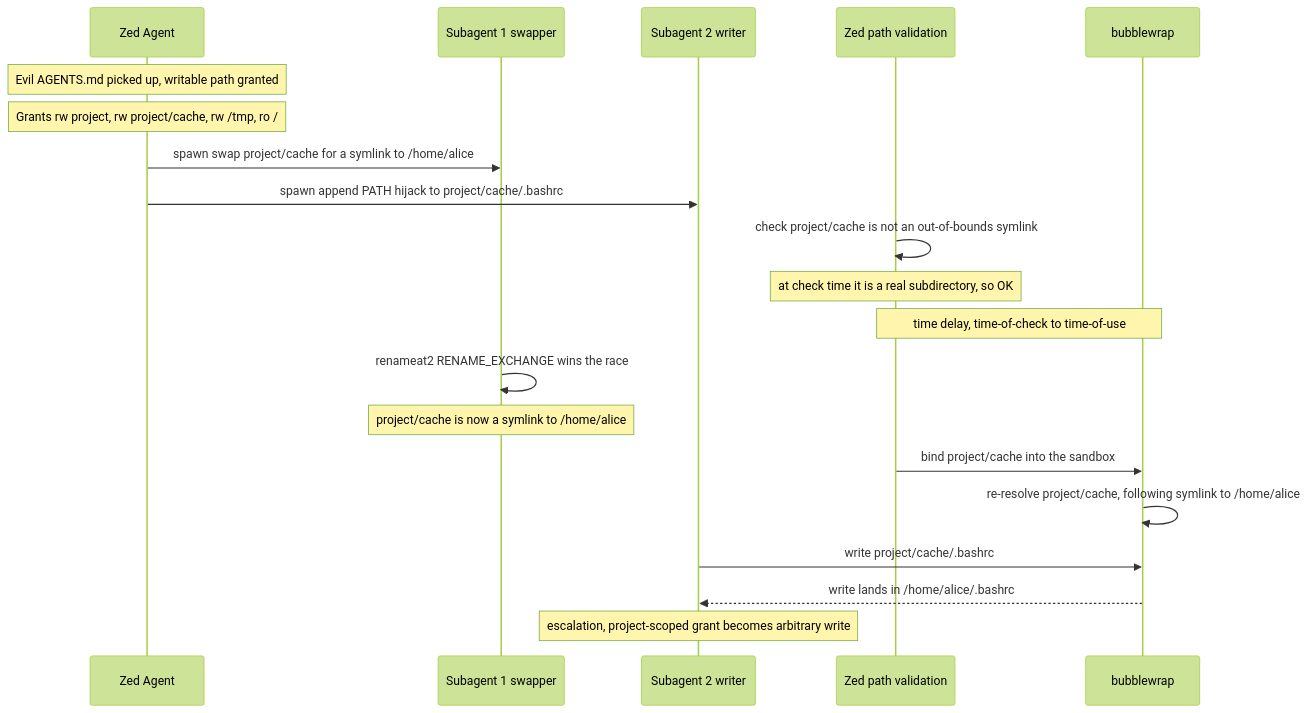
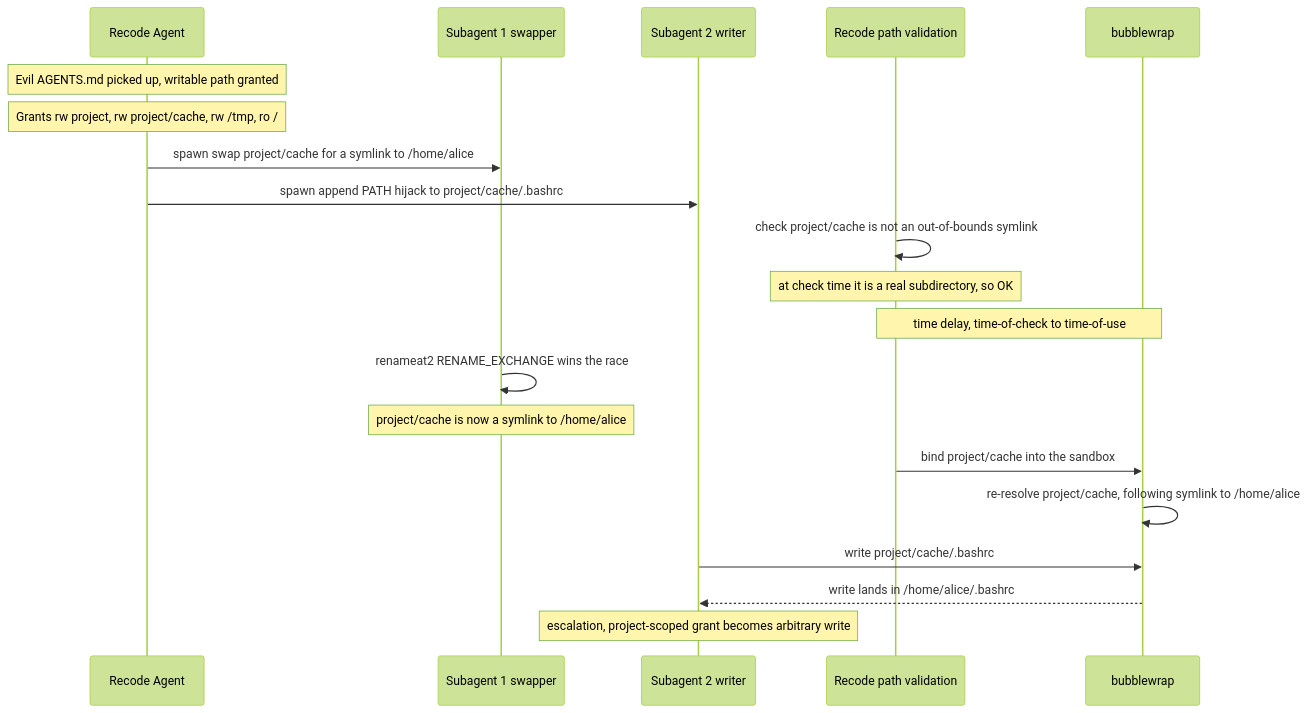
Before and after one commit to Fortunehack45/Recode: the first of 2 diagrams in crates/sandbox/README.md, drawn with Mermaid (forest theme). The commit also changed other lines of this file and 1338 other files, not shown here.

````diff
--- a/crates/sandbox/README.md
+++ b/crates/sandbox/README.md
@@ -110,23 +110,23 @@
 ```mermaid
 sequenceDiagram
-    participant Agent as Zed Agent
+    participant Agent as Recode Agent
     participant S1 as Subagent 1 swapper
     participant S2 as Subagent 2 writer
-    participant Zed as Zed path validation
+    participant Recode as Recode path validation
     participant BW as bubblewrap
 
     Note over Agent: Evil AGENTS.md picked up, writable path granted
     Note over Agent: Grants rw project, rw project/cache, rw /tmp, ro /
     Agent->>S1: spawn swap project/cache for a symlink to /home/alice
     Agent->>S2: spawn append PATH hijack to project/cache/.bashrc
-    Zed->>Zed: check project/cache is not an out-of-bounds symlink
-    Note over Zed: at check time it is a real subdirectory, so OK
-    Note over Zed,BW: time delay, time-of-check to time-of-use
+    Recode->>Recode: check project/cache is not an out-of-bounds symlink
+    Note over Recode: at check time it is a real subdirectory, so OK
+    Note over Recode,BW: time delay, time-of-check to time-of-use
     S1->>S1: renameat2 RENAME_EXCHANGE wins the race
     Note over S1: project/cache is now a symlink to /home/alice
-    Zed->>BW: bind project/cache into the sandbox
+    Recode->>BW: bind project/cache into the sandbox
     BW->>BW: re-resolve project/cache, following symlink to /home/alice
     S2->>BW: write project/cache/.bashrc
     BW-->>S2: write lands in /home/alice/.bashrc
     Note over S2: escalation, project-scoped grant becomes arbitrary write
 ```
````
